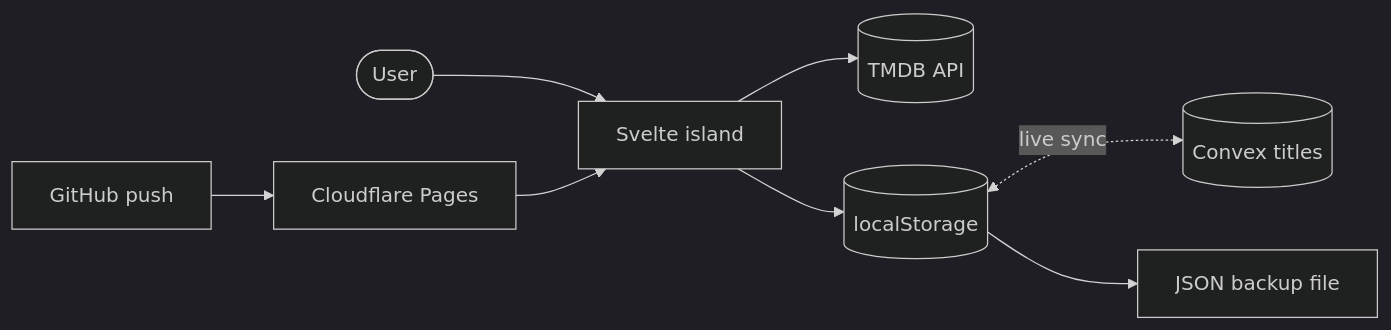
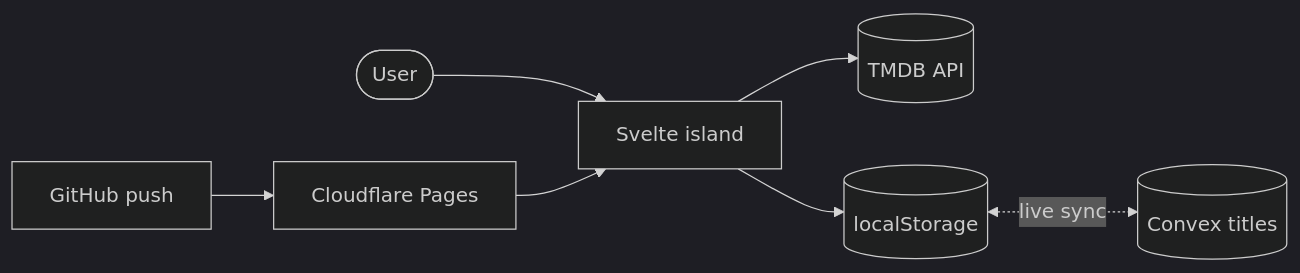
One commit to jcm-developer/cortes-tv changed the diagram in README.md. Above: the diagram before and after it, drawn with Mermaid (dark theme). The commit also changed other lines of this file and 7 other files, not shown here.

Commit message:
feat: remove the json backup and use the glass search pill in library

````diff
--- a/README.md
+++ b/README.md
@@ -81,10 +80,9 @@
 ```mermaid
 flowchart LR
   user([User]) --> app[Svelte island]
   app --> tmdb[(TMDB API)]
   app --> ls[(localStorage)]
   ls <-. live sync .-> cx[(Convex titles)]
-  ls --> backup[JSON backup file]
   gh[GitHub push] --> pages[Cloudflare Pages]
   pages --> app
 ```
````
